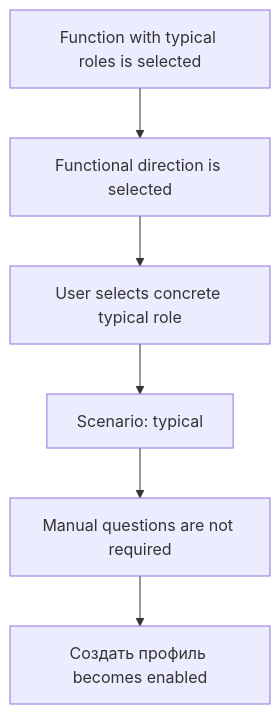
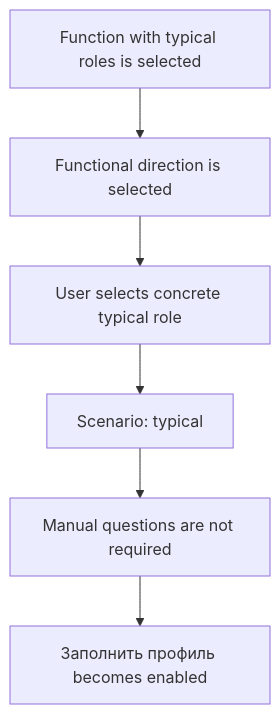
The fourth of 7 diagrams in docs/components/profile-survey/user-flows.md (Anton-Sukhankin/HR-Profiling-Block), drawn with Mermaid before and after one commit. The commit also changed other lines of this file and 12 other files, not shown here.

````diff
--- a/docs/components/profile-survey/user-flows.md
+++ b/docs/components/profile-survey/user-flows.md
@@ -46,8 +46,8 @@
 ```mermaid
 flowchart TD
   A["Function with typical roles is selected"] --> B["Functional direction is selected"]
   B --> C["User selects concrete typical role"]
   C --> D["Scenario: typical"]
   D --> E["Manual questions are not required"]
-  E --> F["Создать профиль becomes enabled"]
+  E --> F["Заполнить профиль becomes enabled"]
 ```
````
